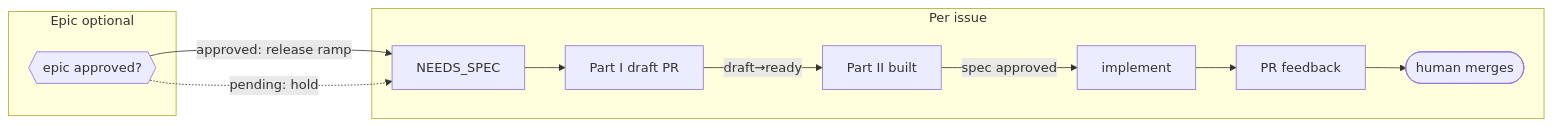
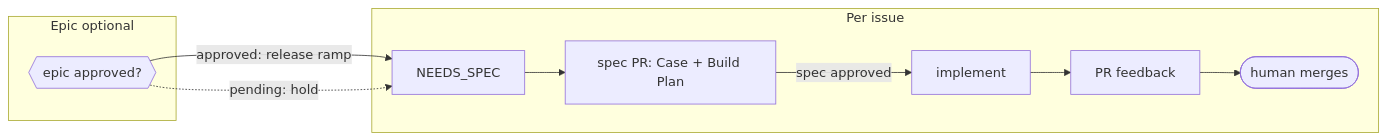
One commit to fixpoint-labs/flow-state-dev changed the second of 3 diagrams in docs/contributing/orchestration.md. Above: the diagram before and after it, drawn with Mermaid. The commit also changed other lines of this file and 8 other files, not shown here.

````diff
--- a/docs/contributing/orchestration.md
+++ b/docs/contributing/orchestration.md
@@ -174,14 +171,13 @@
 ```mermaid
 flowchart LR
   subgraph Epic[Epic optional]
     EO{{epic approved?}}
   end
   subgraph Issue[Per issue]
-    NS[NEEDS_SPEC] --> CASE[Part I draft PR]
-    CASE -->|draft→ready| P2[Part II built]
-    P2 -->|spec approved| IMPL[implement]
+    NS[NEEDS_SPEC] --> SPEC[spec PR: Case + Build Plan]
+    SPEC -->|spec approved| IMPL[implement]
     IMPL --> FB[PR feedback] --> MERGE([human merges])
   end
   EO -->|approved: release ramp| NS
   EO -.->|pending: hold| NS
 ```
````
